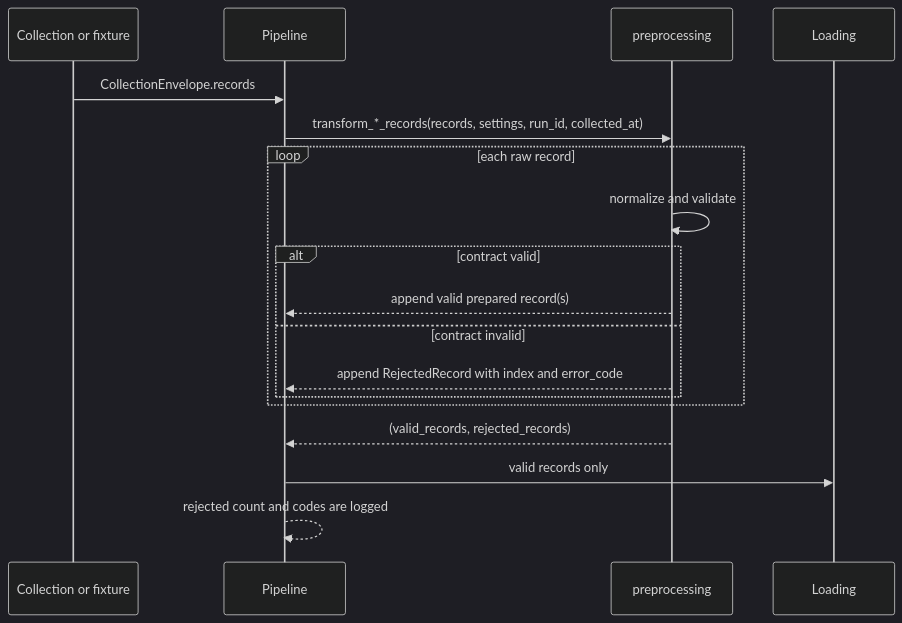
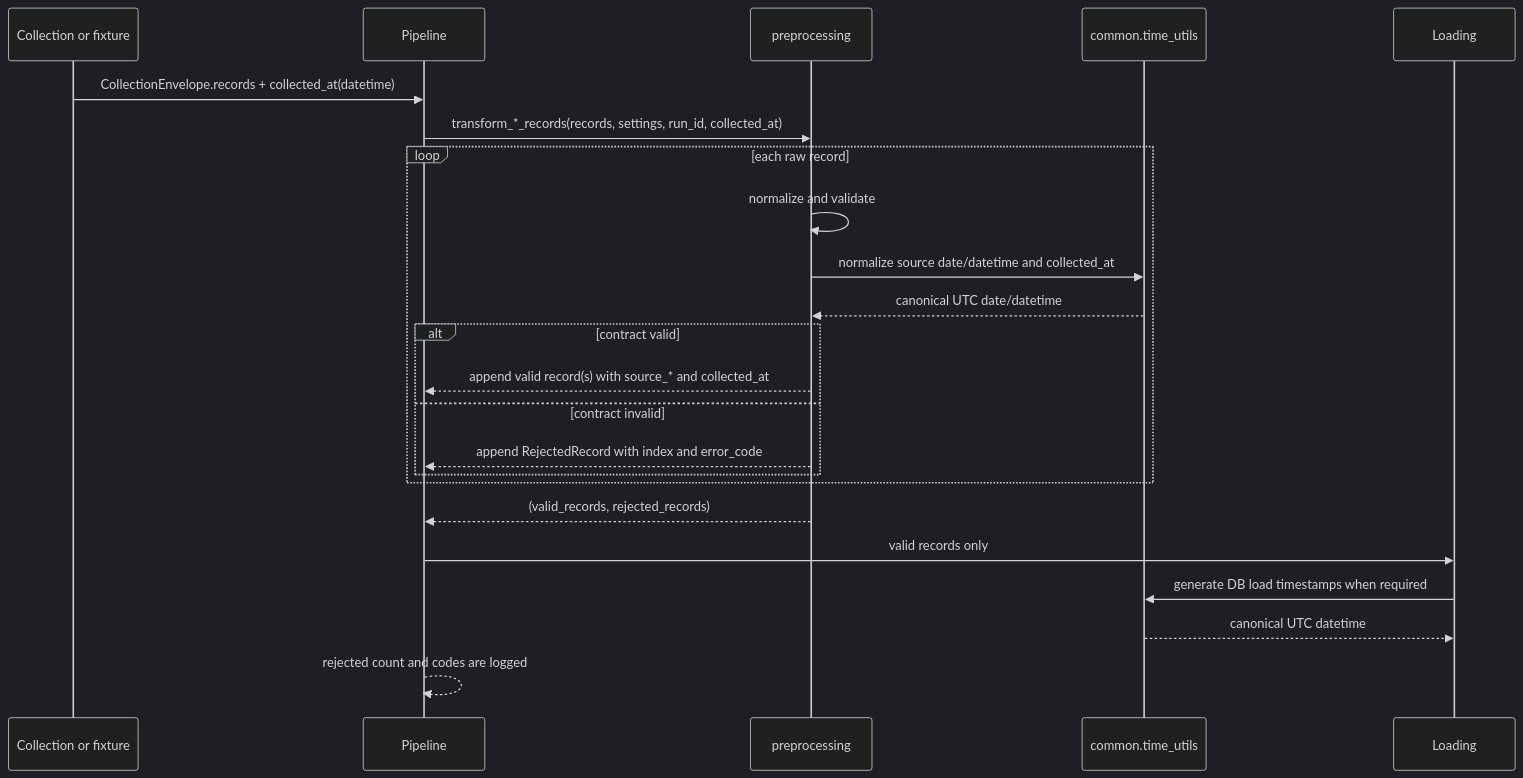
The second of 2 diagrams in src/preprocessing/README.md (encore-ai-campus/mlo-01-p1-team3), drawn with Mermaid (dark theme) before and after one commit. The commit also changed other lines of this file and 4 other files, not shown here.

````diff
--- a/src/preprocessing/README.md
+++ b/src/preprocessing/README.md
@@ -41,21 +41,26 @@
 ```mermaid
 sequenceDiagram
     participant C as Collection or fixture
     participant P as Pipeline
     participant T as preprocessing
+    participant U as common.time_utils
     participant L as Loading
 
-    C->>P: CollectionEnvelope.records
+    C->>P: CollectionEnvelope.records + collected_at(datetime)
     P->>T: transform_*_records(records, settings, run_id, collected_at)
     loop each raw record
         T->>T: normalize and validate
+        T->>U: normalize source date/datetime and collected_at
+        U-->>T: canonical UTC date/datetime
         alt contract valid
-            T-->>P: append valid prepared record(s)
+            T-->>P: append valid record(s) with source_* and collected_at
         else contract invalid
             T-->>P: append RejectedRecord with index and error_code
         end
     end
     T-->>P: (valid_records, rejected_records)
     P->>L: valid records only
+    L->>U: generate DB load timestamps when required
+    U-->>L: canonical UTC datetime
     P-->>P: rejected count and codes are logged
 ```
````
